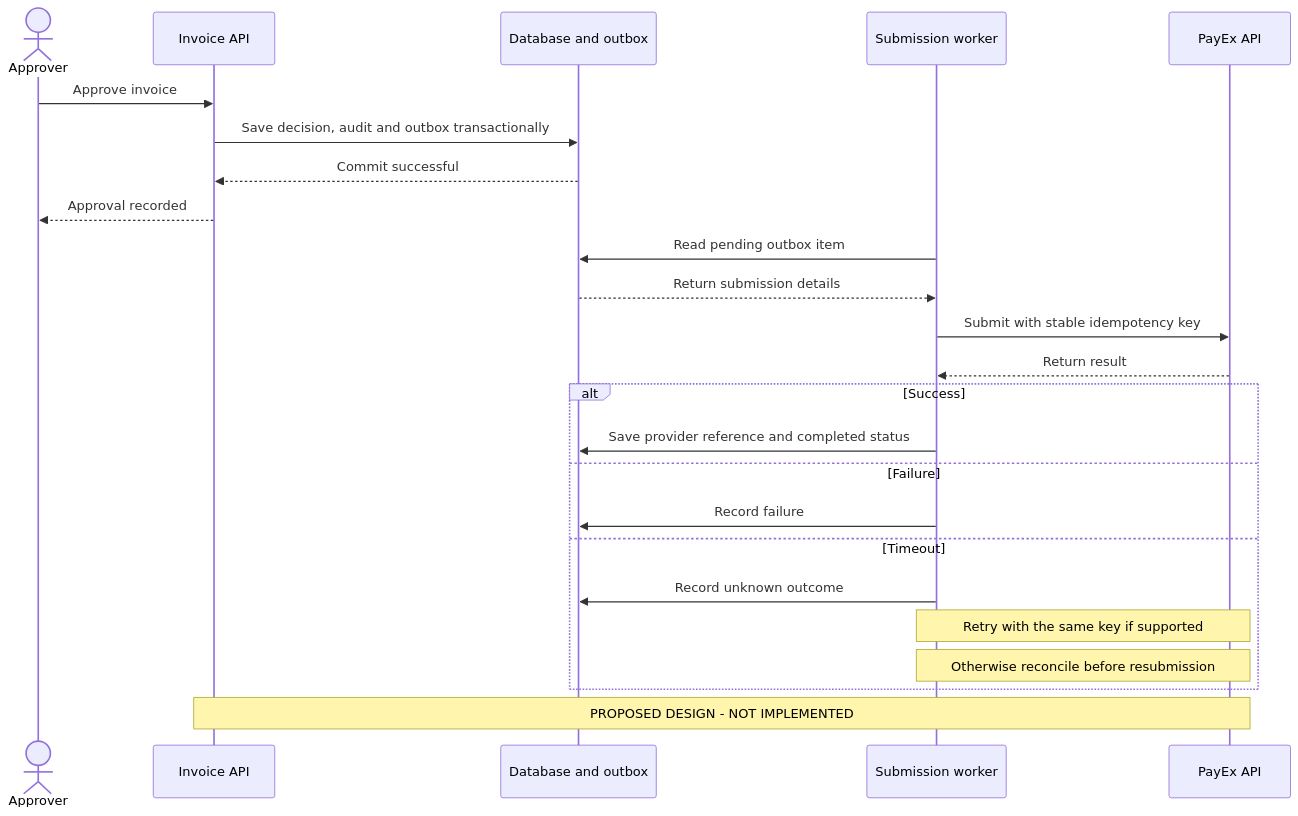
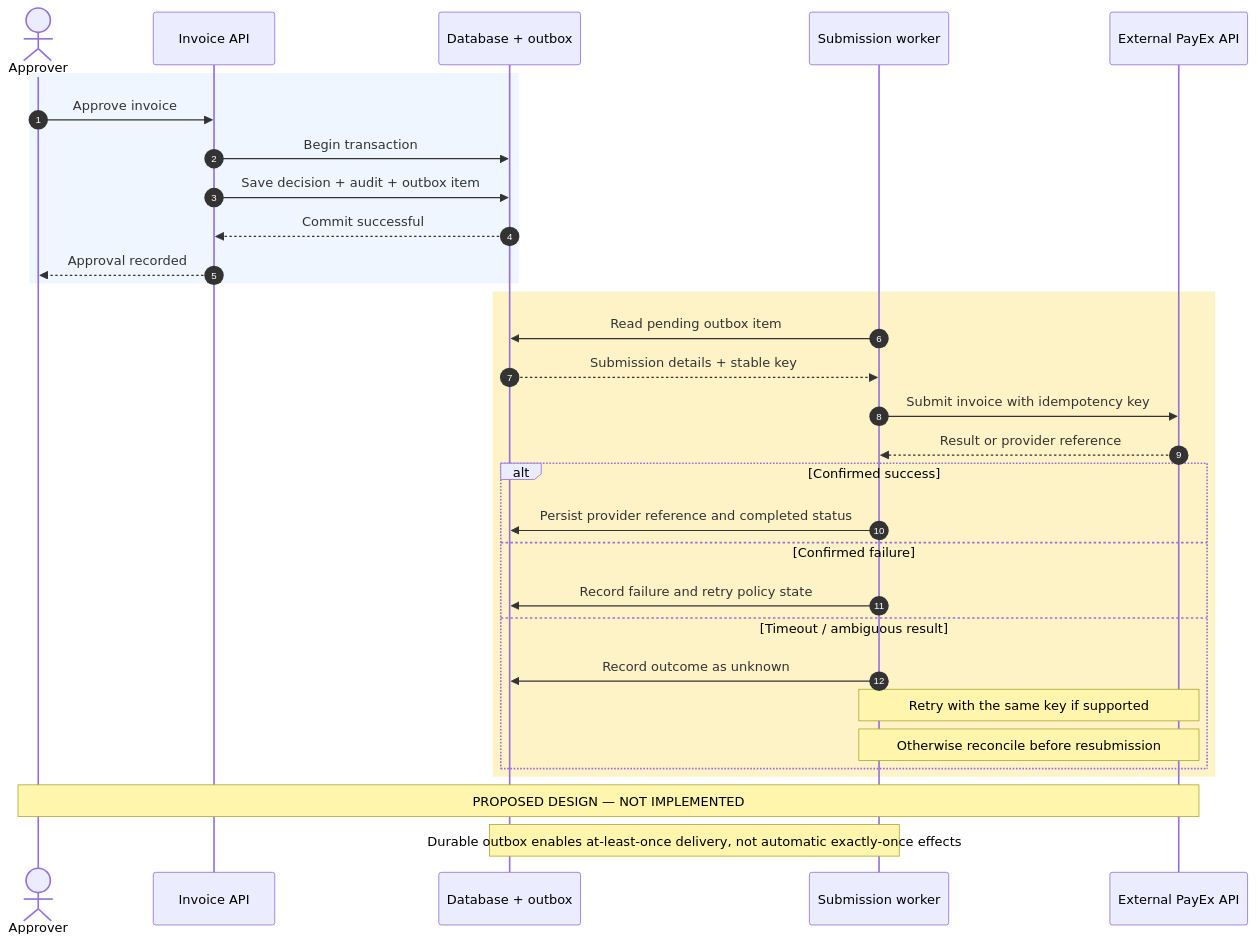
Before and after one commit to saurabhjain374/ai-in-sdlc-assignment: the diagram in docs/architecture/target-approval-sequence.mmd, drawn with Mermaid. The commit also changed 2 other files, not shown here.

Commit message:
update diagram

```diff
--- a/docs/architecture/target-approval-sequence.mmd
+++ b/docs/architecture/target-approval-sequence.mmd
@@ -1,28 +1,39 @@
 sequenceDiagram
+    autonumber
     actor Approver
     participant API as Invoice API
-    participant DB as Database and outbox
+    participant DB as Database + outbox
     participant Worker as Submission worker
-    participant PayEx as PayEx API
+    participant PayEx as External PayEx API
 
-    Approver->>API: Approve invoice
-    API->>DB: Save decision, audit and outbox transactionally
-    DB-->>API: Commit successful
-    API-->>Approver: Approval recorded
-
-    Worker->>DB: Read pending outbox item
-    DB-->>Worker: Return submission details
-    Worker->>PayEx: Submit with stable idempotency key
-    PayEx-->>Worker: Return result
-
-    alt Success
-        Worker->>DB: Save provider reference and completed status
-    else Failure
-        Worker->>DB: Record failure
-    else Timeout
-        Worker->>DB: Record unknown outcome
-        Note over Worker,PayEx: Retry with the same key if supported
-        Note over Worker,PayEx: Otherwise reconcile before resubmission
+    rect rgb(239, 246, 255)
+        Approver->>API: Approve invoice
+        API->>DB: Begin transaction
+        API->>DB: Save decision + audit + outbox item
+        DB-->>API: Commit successful
+        API-->>Approver: Approval recorded
     end
 
-    Note over API,PayEx: PROPOSED DESIGN - NOT IMPLEMENTED
+    rect rgb(254, 243, 199)
+        Worker->>DB: Read pending outbox item
+        DB-->>Worker: Submission details + stable key
+        Worker->>PayEx: Submit invoice with idempotency key
+        PayEx-->>Worker: Result or provider reference
+
+        alt Confirmed success
+            Worker->>DB: Persist provider reference and completed status
+        else Confirmed failure
+            Worker->>DB: Record failure and retry policy state
+        else Timeout / ambiguous result
+            Worker->>DB: Record outcome as unknown
+            Note over Worker,PayEx: Retry with the same key if supported
+            Note over Worker,PayEx: Otherwise reconcile before resubmission
+        end
+    end
+
+    Note over Approver,PayEx: PROPOSED DESIGN — NOT IMPLEMENTED
+    Note over DB,Worker: Durable outbox enables at-least-once delivery, not automatic exactly-once effects
+
+    %% Proposed flow only; this sequence is not implemented in the current application.
+    %% Current source evidence and target assumptions: docs/architecture/README.md,
+    %% docs/decisions/ADR-001-payex-submission-reliability.md and ops/README.md.
```
